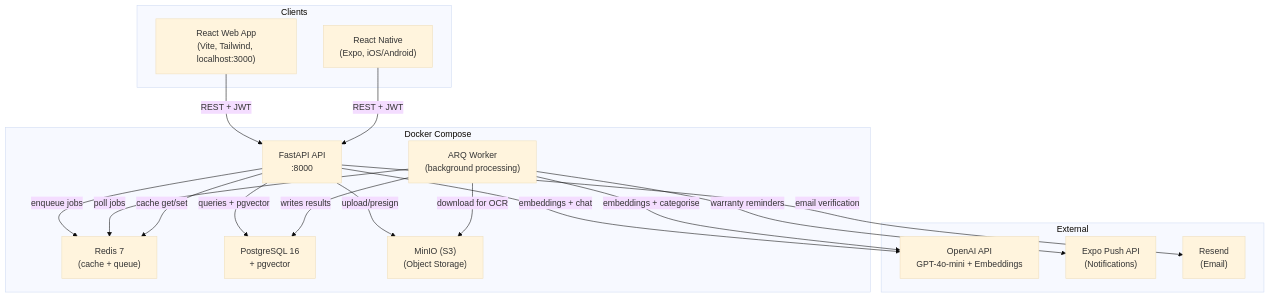
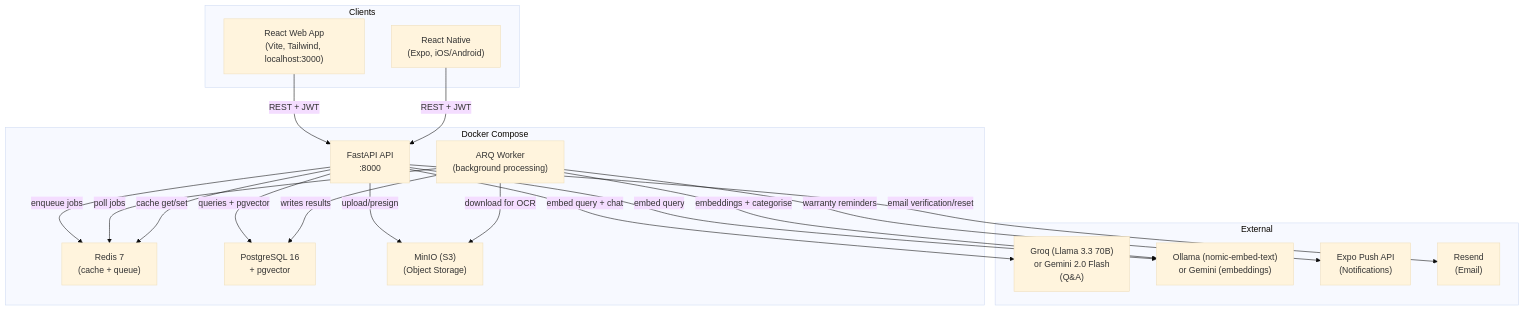
The first of 2 diagrams in README.md (haydenteh5526/FYP), drawn with Mermaid (base theme) before and after one commit. The commit also changed other lines of this file and 8 other files, not shown here.

````diff
--- a/README.md
+++ b/README.md
@@ -49,35 +49,37 @@
 ```mermaid
 graph TB
     subgraph Clients
         Web["React Web App<br/>(Vite, Tailwind, localhost:3000)"]
         Mobile["React Native<br/>(Expo, iOS/Android)"]
     end
 
     subgraph Backend["Docker Compose"]
         API["FastAPI API<br/>:8000"]
         Worker["ARQ Worker<br/>(background processing)"]
         Redis["Redis 7<br/>(cache + queue)"]
         DB["PostgreSQL 16<br/>+ pgvector"]
         S3["MinIO (S3)<br/>(Object Storage)"]
     end
 
     subgraph External
-        OpenAI["OpenAI API<br/>GPT-4o-mini + Embeddings"]
+        LLM["Groq (Llama 3.3 70B)<br/>or Gemini 2.0 Flash<br/>(Q&A)"]
+        Embed["Ollama (nomic-embed-text)<br/>or Gemini (embeddings)"]
         Expo["Expo Push API<br/>(Notifications)"]
         Resend["Resend<br/>(Email)"]
     end
 
     Web -->|REST + JWT| API
     Mobile -->|REST + JWT| API
     API -->|enqueue jobs| Redis
     Worker -->|poll jobs| Redis
     API -->|queries + pgvector| DB
     Worker -->|writes results| DB
     API -->|upload/presign| S3
     Worker -->|download for OCR| S3
-    API -->|embeddings + chat| OpenAI
-    Worker -->|embeddings + categorise| OpenAI
+    API -->|embed query + chat| LLM
+    API -->|embed query| Embed
+    Worker -->|embeddings + categorise| Embed
     Worker -->|warranty reminders| Expo
-    API -->|email verification| Resend
+    API -->|email verification/reset| Resend
     API -->|cache get/set| Redis
 ```
````
